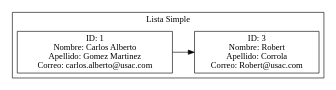
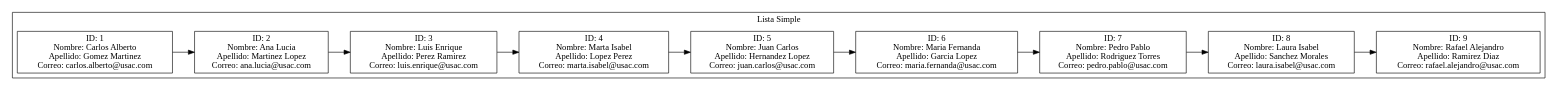
One commit to Farot30/-EDD-1S2025_202307820 changed the diagram in Fase#2/Reportes/ListaUsuariosSimple.dot. Above: the diagram before and after it, drawn with Graphviz. The commit also changed 77 other files, not shown here.

```diff
--- a/Fase#2/Reportes/ListaUsuariosSimple.dot
+++ b/Fase#2/Reportes/ListaUsuariosSimple.dot
@@ -1,10 +1,24 @@
 digraph G {
 rankdir=LR;
 node [shape=box];
 subgraph cluster_ListaSimple {
 label = "Lista Simple";
 node0 [label="ID: 1\nNombre: Carlos Alberto\nApellido: Gomez Martinez\nCorreo: carlos.alberto@usac.com"];
 node0 -> node1;
-node1 [label="ID: 3\nNombre: Robert\nApellido: Corrola\nCorreo: Robert@usac.com"];
+node1 [label="ID: 2\nNombre: Ana Lucia\nApellido: Martinez Lopez\nCorreo: ana.lucia@usac.com"];
+node1 -> node2;
+node2 [label="ID: 3\nNombre: Luis Enrique\nApellido: Perez Ramirez\nCorreo: luis.enrique@usac.com"];
+node2 -> node3;
+node3 [label="ID: 4\nNombre: Marta Isabel\nApellido: Lopez Perez\nCorreo: marta.isabel@usac.com"];
+node3 -> node4;
+node4 [label="ID: 5\nNombre: Juan Carlos\nApellido: Hernandez Lopez\nCorreo: juan.carlos@usac.com"];
+node4 -> node5;
+node5 [label="ID: 6\nNombre: Maria Fernanda\nApellido: Garcia Lopez\nCorreo: maria.fernanda@usac.com"];
+node5 -> node6;
+node6 [label="ID: 7\nNombre: Pedro Pablo\nApellido: Rodriguez Torres\nCorreo: pedro.pablo@usac.com"];
+node6 -> node7;
+node7 [label="ID: 8\nNombre: Laura Isabel\nApellido: Sanchez Morales\nCorreo: laura.isabel@usac.com"];
+node7 -> node8;
+node8 [label="ID: 9\nNombre: Rafael Alejandro\nApellido: Ramirez Diaz\nCorreo: rafael.alejandro@usac.com"];
 }
 }
```
